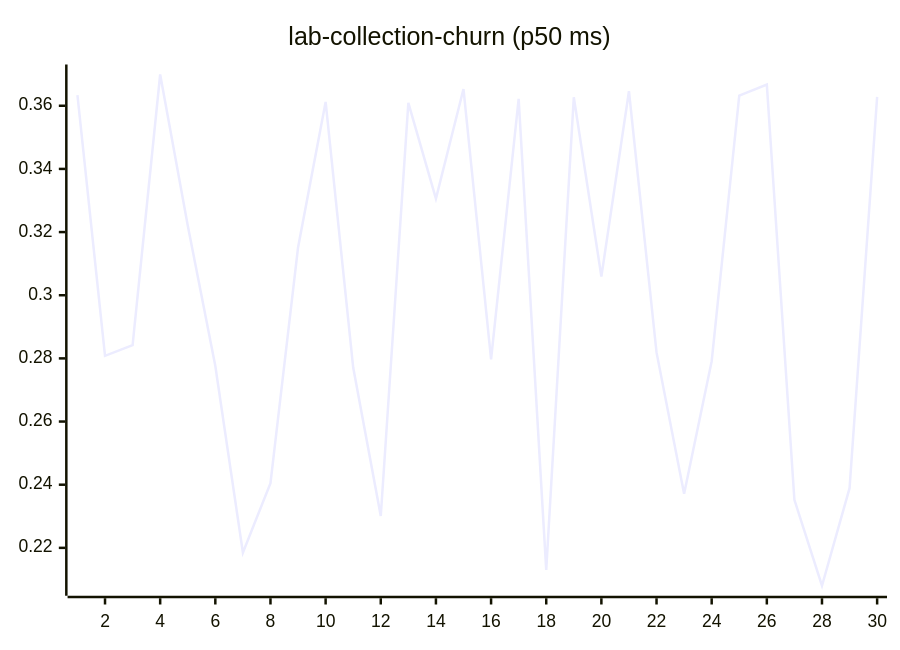
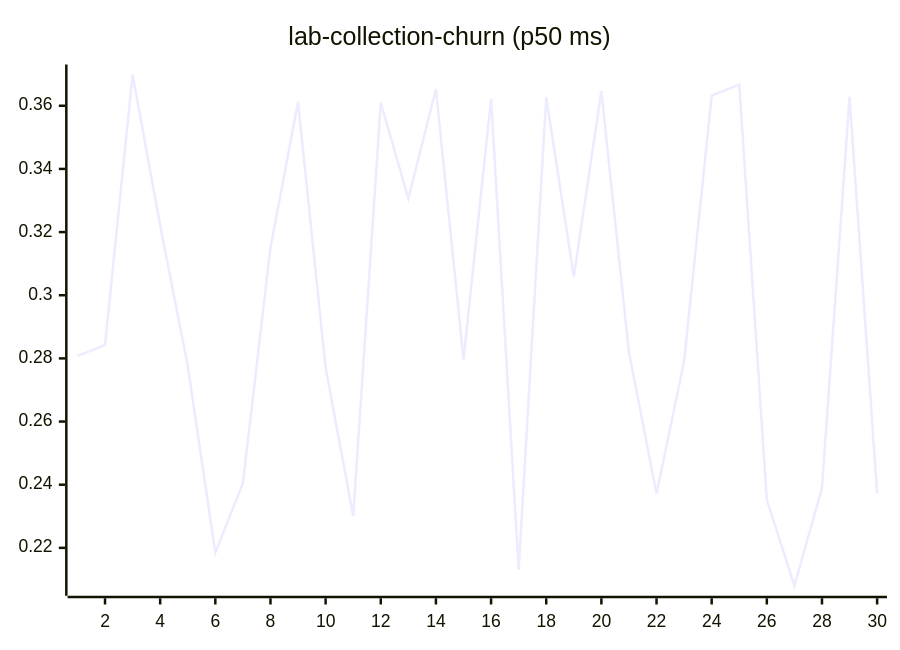
One commit to josha/Facet changed diagram 11 of 27 in README.md. Above: the diagram before and after it, drawn with Mermaid. The commit also changed other lines of this file and 2 other files, not shown here.

````diff
--- a/README.md
+++ b/README.md
@@ -133,6 +133,6 @@
 ```mermaid
 xychart-beta
     title "lab-collection-churn (p50 ms)"
     x-axis 1 --> 30
-    line [0.3634, 0.2808, 0.2842, 0.3699, 0.3221, 0.2776, 0.2185, 0.2405, 0.3151, 0.3612, 0.2771, 0.2301, 0.3609, 0.3306, 0.3653, 0.2797, 0.3622, 0.2130, 0.3627, 0.3059, 0.3646, 0.2819, 0.2371, 0.2791, 0.3632, 0.3667, 0.2352, 0.2080, 0.2389, 0.3628]
+    line [0.2808, 0.2842, 0.3699, 0.3221, 0.2776, 0.2185, 0.2405, 0.3151, 0.3612, 0.2771, 0.2301, 0.3609, 0.3306, 0.3653, 0.2797, 0.3622, 0.2130, 0.3627, 0.3059, 0.3646, 0.2819, 0.2371, 0.2791, 0.3632, 0.3667, 0.2352, 0.2080, 0.2389, 0.3628, 0.2372]
 ```
````
